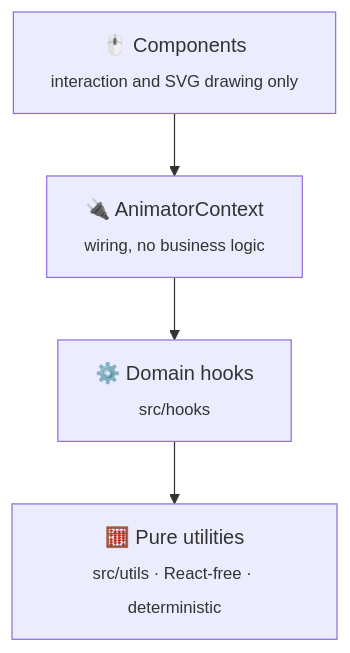
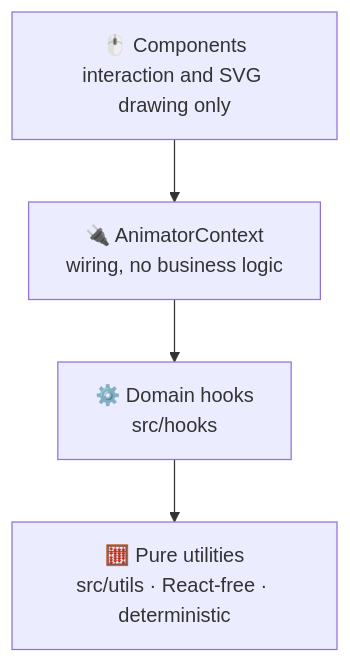
The second of 2 diagrams in CONTRIBUTING.md (ErtugrulAK/keyframe-character-studio), drawn with Mermaid before and after one commit. The commit also changed other lines of this file and 2 other files, not shown here.

Commit message:
docs(repo): diagram labels fit their boxes; readable pie and release graph
GitHub's Mermaid renderer sized the nodes without the <sub> lines and cut
them off; the labels are plain text now. The test pie uses the accent
colours (the default dark theme painted it near-black) and the release
graph labels the commits instead of stacking overlapping tags.

````diff
--- a/CONTRIBUTING.md
+++ b/CONTRIBUTING.md
@@ -28,6 +28,6 @@
 ```mermaid
 flowchart TB
-    UI["🖱️ Components<br/><sub>interaction and SVG drawing only</sub>"] --> CTX["🔌 AnimatorContext<br/><sub>wiring, no business logic</sub>"]
-    CTX --> H["⚙️ Domain hooks<br/><sub>src/hooks</sub>"]
-    H --> U["🧮 Pure utilities<br/><sub>src/utils · React-free · deterministic</sub>"]
+    UI["🖱️ Components<br/>interaction and SVG drawing only"] --> CTX["🔌 AnimatorContext<br/>wiring, no business logic"]
+    CTX --> H["⚙️ Domain hooks<br/>src/hooks"]
+    H --> U["🧮 Pure utilities<br/>src/utils · React-free · deterministic"]
 ```
````
